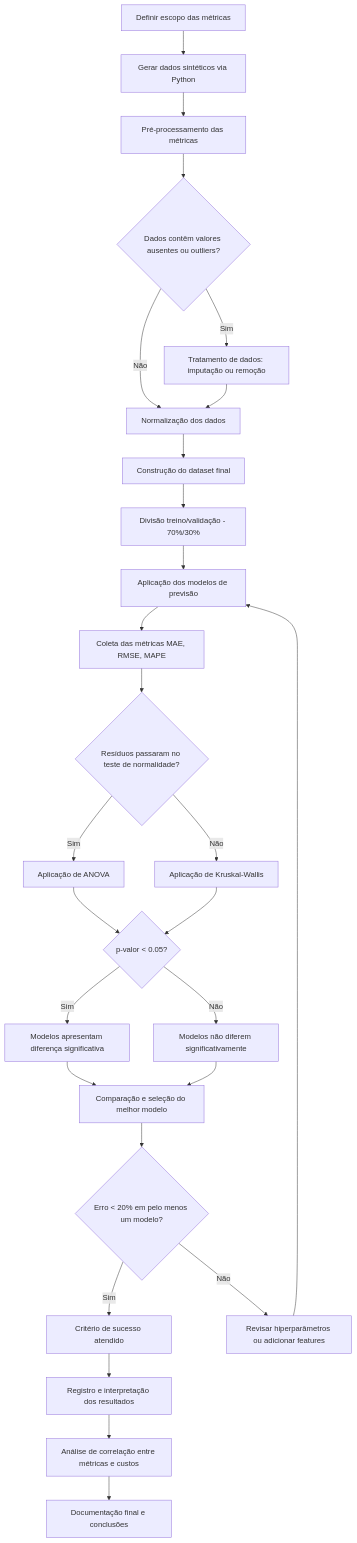
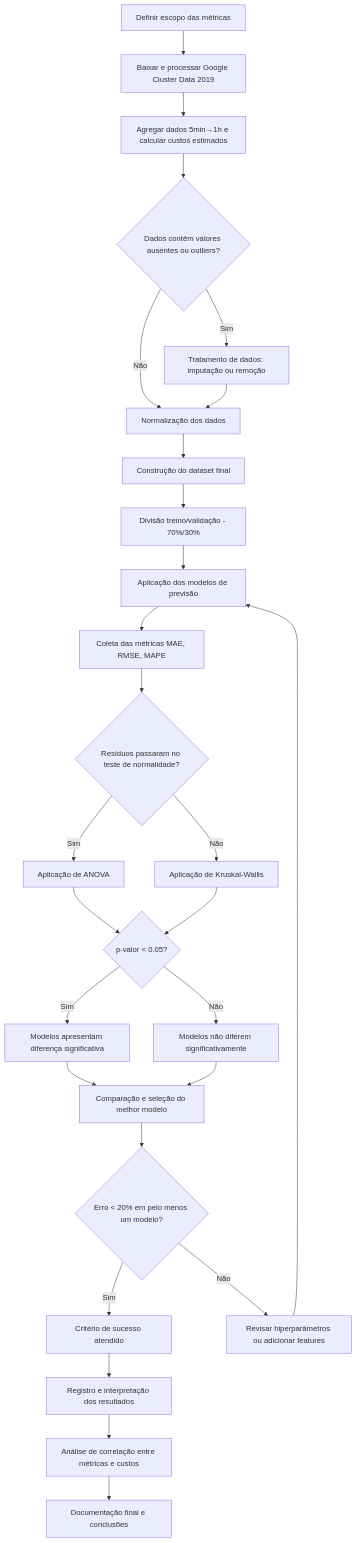
Before and after one commit to RenatoMAP77/pre-tcc: the diagram in README.md, drawn with Mermaid. The commit also changed other lines of this file, not shown here.

````diff
--- a/README.md
+++ b/README.md
@@ -2212,29 +2288,29 @@
 ```mermaid
 flowchart TD
-    A[Definir escopo das métricas] --> B[Gerar dados sintéticos via Python]
-    B --> C[Pré-processamento das métricas]
+    A[Definir escopo das métricas] --> B[Baixar e processar Google Cluster Data 2019]
+    B --> C[Agregar dados 5min→1h e calcular custos estimados]
     C --> D{Dados contêm valores ausentes ou outliers?}
     D -->|Sim| E[Tratamento de dados: imputação ou remoção]
     D -->|Não| F[Normalização dos dados]
     E --> F
     F --> G[Construção do dataset final]
     G --> H[Divisão treino/validação - 70%/30%]
     H --> I[Aplicação dos modelos de previsão]
     I --> J[Coleta das métricas MAE, RMSE, MAPE]
     J --> K{Resíduos passaram no teste de normalidade?}
     K -->|Sim| L[Aplicação de ANOVA]
     K -->|Não| M[Aplicação de Kruskal-Wallis]
     L --> N{p-valor < 0.05?}
     M --> N
     N -->|Sim| O[Modelos apresentam diferença significativa]
     N -->|Não| P[Modelos não diferem significativamente]
     O --> Q[Comparação e seleção do melhor modelo]
     P --> Q
     Q --> R{Erro < 20% em pelo menos um modelo?}
     R -->|Sim| S[Critério de sucesso atendido]
     R -->|Não| T[Revisar hiperparâmetros ou adicionar features]
     T --> I
     S --> U[Registro e interpretação dos resultados]
     U --> V[Análise de correlação entre métricas e custos]
     V --> W[Documentação final e conclusões]
 ```
````
